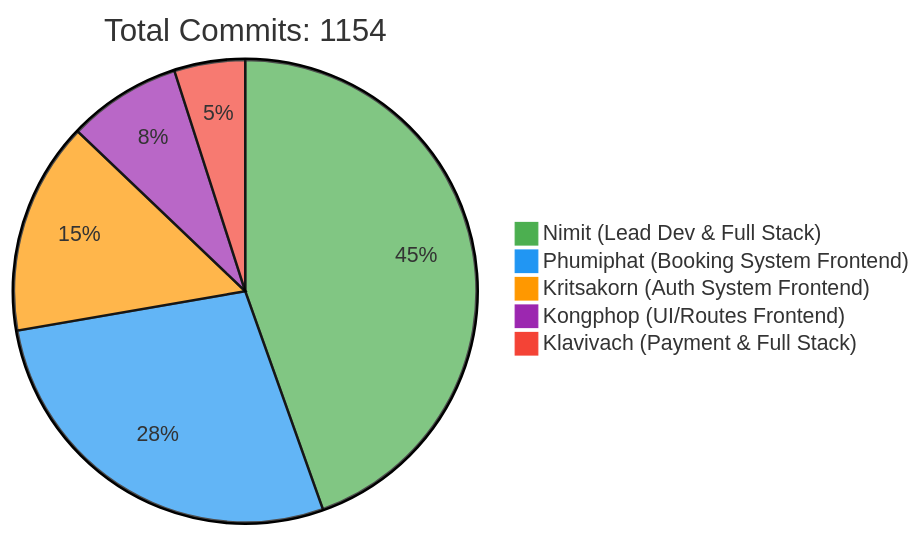
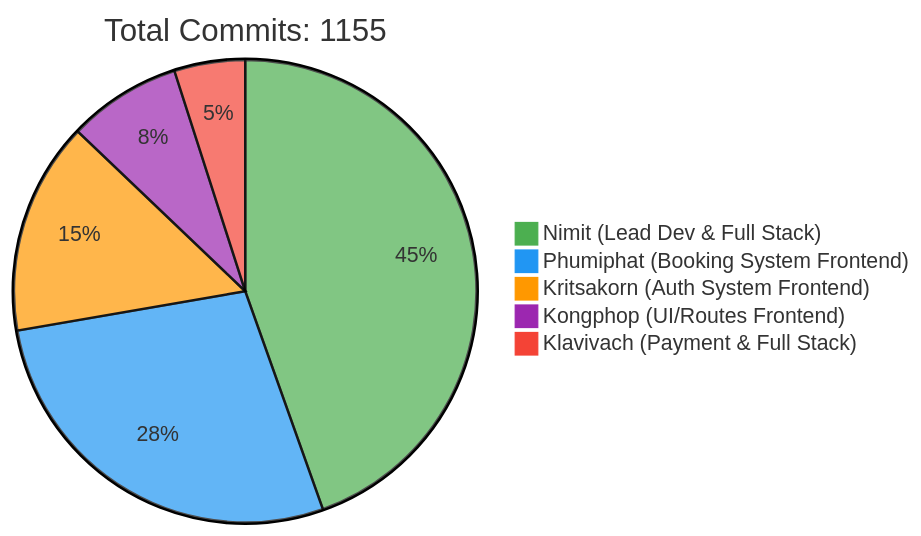
The first of 2 diagrams in README.md (6531503042/Sport-Complex), drawn with Mermaid before and after one commit. The commit also changed other lines of this file, not shown here.

Commit message:
docs: Update contributor statistics [skip ci]

````diff
--- a/README.md
+++ b/README.md
@@ -257,10 +257,10 @@
 ```mermaid
 %%{init: {'theme': 'base', 'themeVariables': { 'pie1': '#4CAF50', 'pie2': '#2196F3', 'pie3': '#FF9800', 'pie4': '#9C27B0', 'pie5': '#F44336'}}}%%
 pie
-    title Total Commits: 1154
+    title Total Commits: 1155
     "Nimit (Lead Dev & Full Stack)" : 450
     "Phumiphat (Booking System Frontend)" : 280
     "Kritsakorn (Auth System Frontend)" : 150
     "Kongphop (UI/Routes Frontend)" : 80
     "Klavivach (Payment & Full Stack)" : 50
 ```
````
